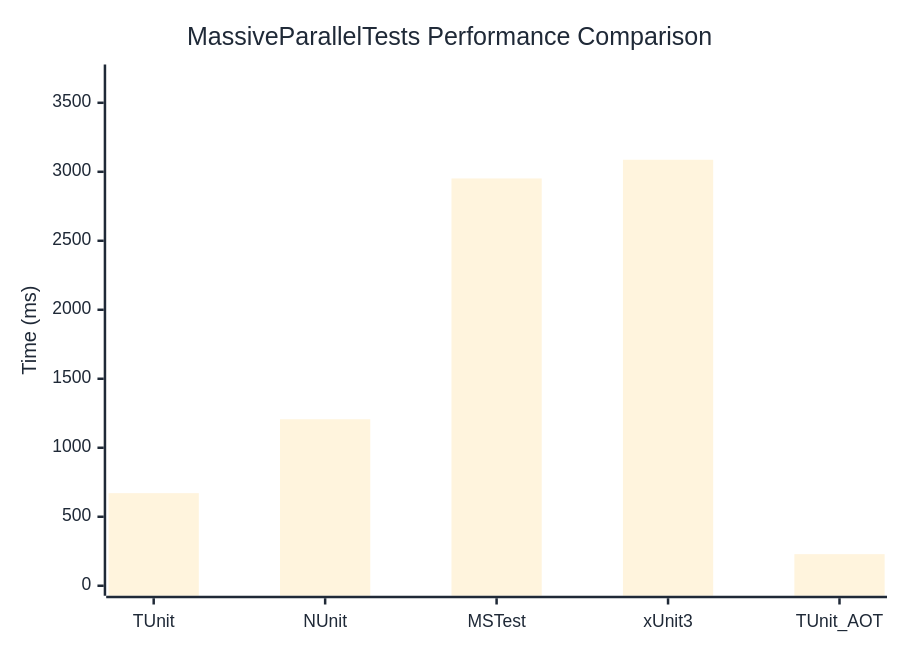
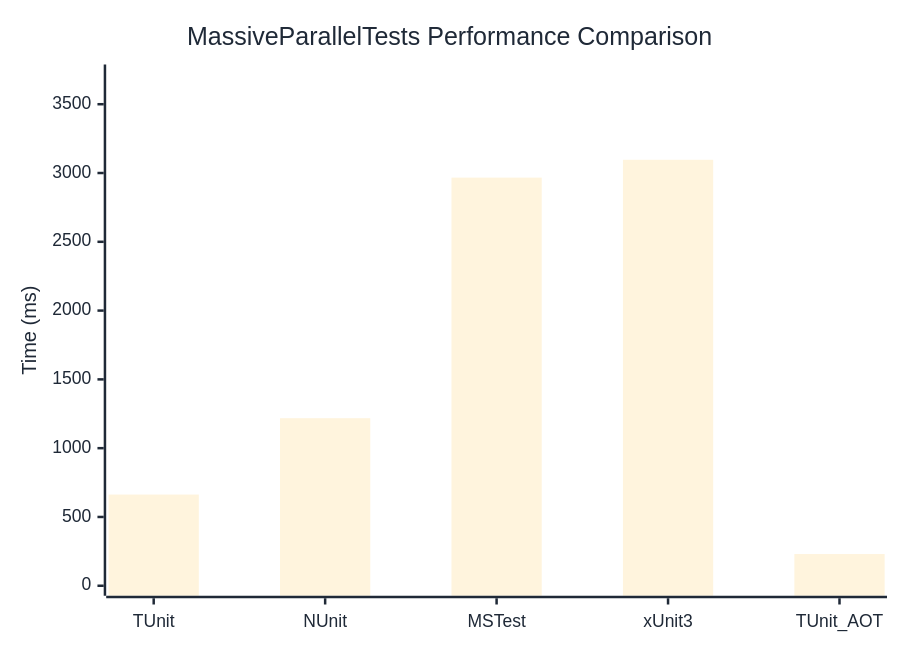
One commit to thomhurst/TUnit changed the diagram in docs/docs/benchmarks/MassiveParallelTests.md. Above: the diagram before and after it, drawn with Mermaid. The commit also changed other lines of this file and 17 other files, not shown here.

````diff
--- a/docs/docs/benchmarks/MassiveParallelTests.md
+++ b/docs/docs/benchmarks/MassiveParallelTests.md
@@ -27,37 +27,37 @@
 ```mermaid
 %%{init: {
   'theme':'base',
   'themeVariables': {
     'primaryColor': '#2563eb',
     'primaryTextColor': '#1f2937',
     'primaryBorderColor': '#1e40af',
     'lineColor': '#6b7280',
     'secondaryColor': '#7c3aed',
     'tertiaryColor': '#dc2626',
     'background': '#ffffff',
     'mainBkg': '#2563eb',
     'secondBkg': '#7c3aed',
     'tertiaryBkg': '#dc2626',
     'clusterBkg': '#f3f4f6',
     'edgeLabelBackground': '#ffffff',
     'tertiaryTextColor': '#1f2937',
     'pie1': '#2563eb',
     'pie2': '#7c3aed',
     'pie3': '#dc2626',
     'pie4': '#f59e0b',
     'pie5': '#10b981',
     'pie6': '#06b6d4',
     'pie7': '#ec4899',
     'pie8': '#6366f1',
     'pie9': '#84cc16',
     'pie10': '#f97316',
     'pie11': '#14b8a6',
     'pie12': '#a855f7'
   }
 }}%%
 xychart-beta
   title "MassiveParallelTests Performance Comparison"
   x-axis ["TUnit", "NUnit", "MSTest", "xUnit3", "TUnit_AOT"]
-  y-axis "Time (ms)" 0 --> 3705
-  bar [671, 1206.6, 2951.6, 3087.1, 228.9]
+  y-axis "Time (ms)" 0 --> 3716
+  bar [662.9, 1217.8, 2966.4, 3096, 230.5]
 ```
````
